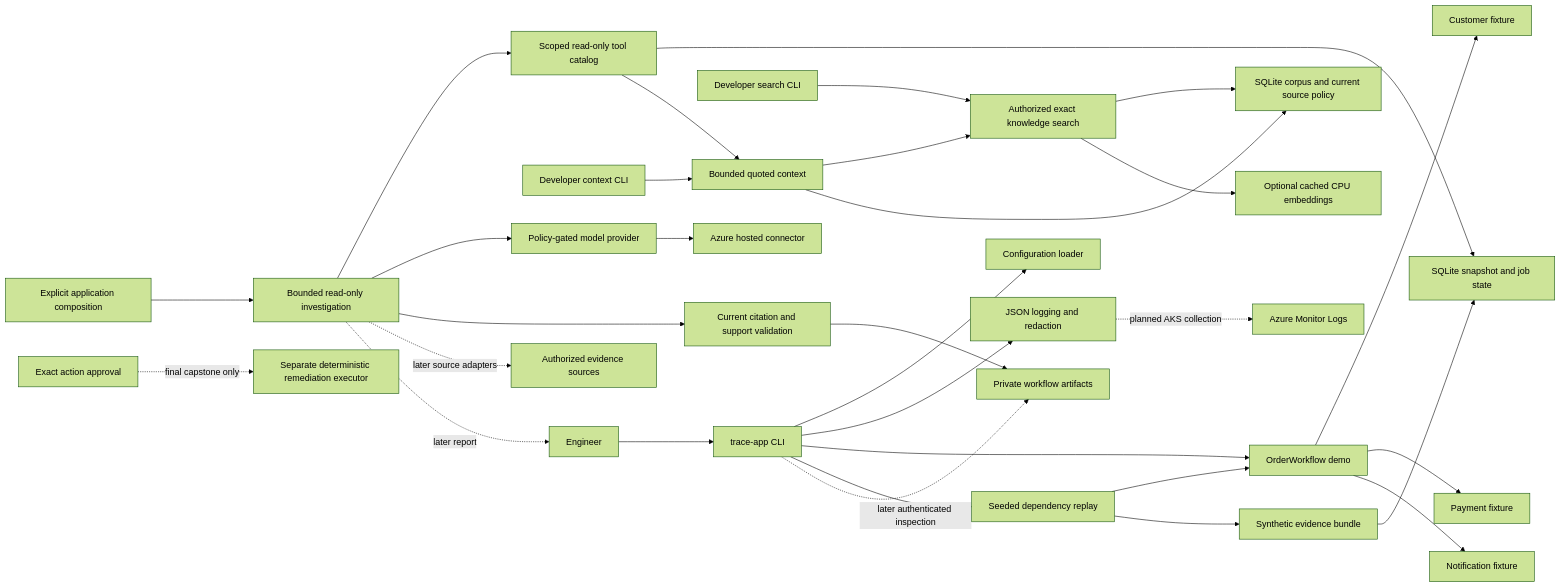
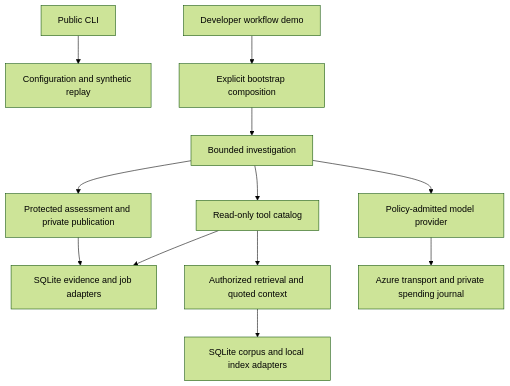
Before and after one commit to krispykrits/TRACE: the diagram in docs/architecture/README.md, drawn with Mermaid (forest theme). The commit also changed other lines of this file and 40 other files, not shown here.

````diff
--- a/docs/architecture/README.md
+++ b/docs/architecture/README.md
@@ -17,33 +7,14 @@
-```mermaid
-flowchart LR
-    User[Engineer] --> CLI[trace-app CLI]
-    CLI --> Config[Configuration loader]
-    CLI --> Log[JSON logging and redaction]
-    CLI --> Demo[OrderWorkflow demo]
-    CLI --> Replay[Seeded dependency replay]
-    Replay --> Demo
-    Replay --> Evidence[Synthetic evidence bundle]
-    Evidence --> Store[SQLite snapshot and job state]
-    Demo --> Customer[Customer fixture]
-    Demo --> Payment[Payment fixture]
-    Demo --> Notification[Notification fixture]
-    SearchDemo[Developer search CLI] --> Search[Authorized exact knowledge search]
-    Search --> Corpus[SQLite corpus and current source policy]
-    Search --> Encoder[Optional cached CPU embeddings]
-    ContextDemo[Developer context CLI] --> Context[Bounded quoted context]
-    Context --> Search
-    Context --> Corpus
-    Log -. planned AKS collection .-> CloudLogs["Azure Monitor Logs"]
-    Composition[Explicit application composition] --> Investigation[Bounded read-only investigation]
-    Investigation --> Tools[Scoped read-only tool catalog]
-    Tools --> Store
-    Tools --> Context
-    Investigation --> Provider[Policy-gated model provider]
-    Provider --> Azure[Azure hosted connector]
-    Investigation --> Assessment[Current citation and support validation]
-    Assessment --> Private[Private workflow artifacts]
-    CLI -. later authenticated inspection .-> Private
-    Investigation -. later source adapters .-> Sources[Authorized evidence sources]
-    Investigation -. later report .-> User
-    Approved[Exact action approval] -. final capstone only .-> Executor[Separate deterministic remediation executor]
-```
+~~~mermaid
+flowchart TD
+    CLI["Public CLI"] --> Demo["Configuration and synthetic replay"]
+    Script["Developer workflow demo"] --> Composition["Explicit bootstrap composition"]
+    Composition --> Investigation["Bounded investigation"]
+    Investigation --> Tools["Read-only tool catalog"]
+    Tools --> Evidence["SQLite evidence and job adapters"]
+    Tools --> Knowledge["Authorized retrieval and quoted context"]
+    Knowledge --> Corpus["SQLite corpus and local index adapters"]
+    Investigation --> Policy["Policy-admitted model provider"]
+    Policy --> Azure["Azure transport and private spending journal"]
+    Investigation --> Publication["Protected assessment and private publication"]
+    Publication --> Evidence
+~~~
````
